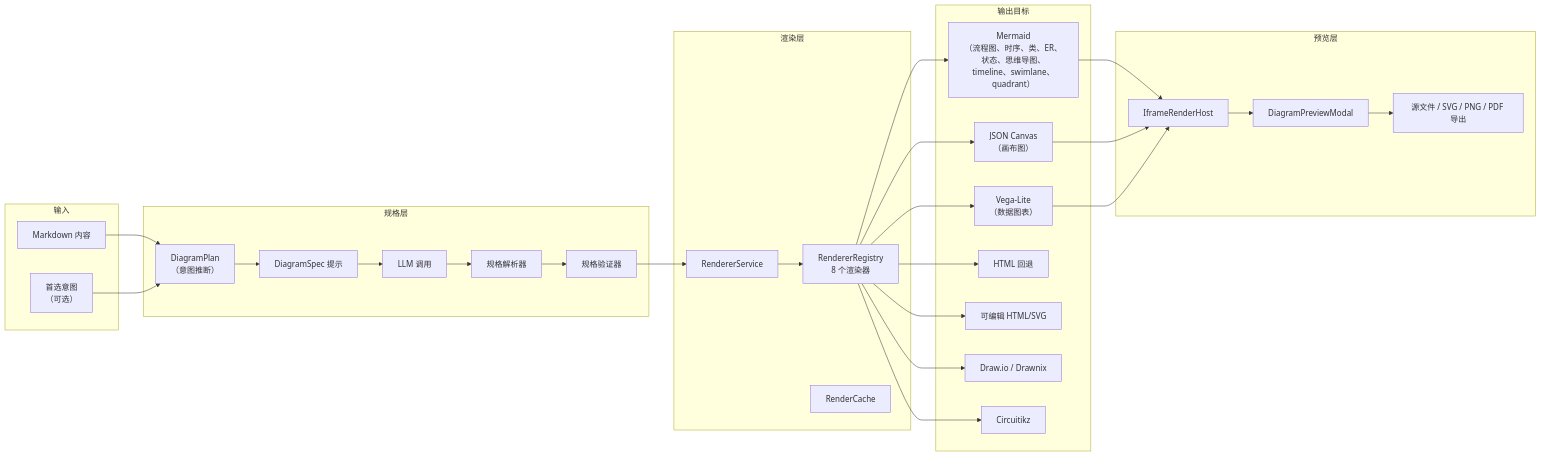
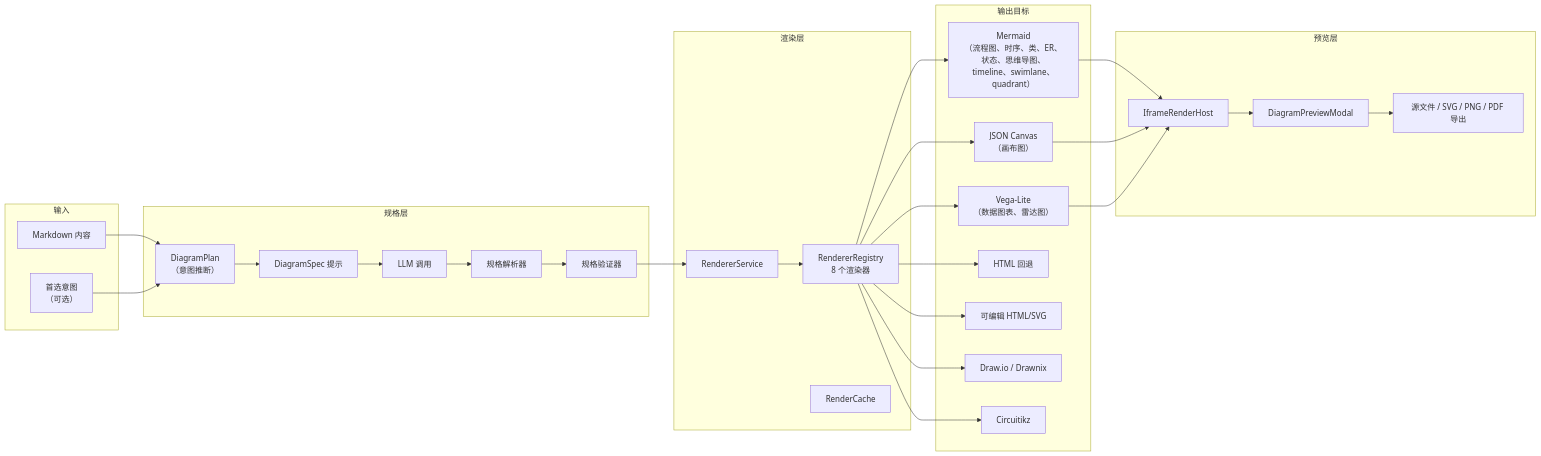
Before and after one commit to Jacobinwwey/obsidian-NotEMD: the third of 3 diagrams in docs/architecture.zh-CN.md, drawn with Mermaid. The commit also changed other lines of this file and 43 other files, not shown here.

Commit message:
feat(diagrams): ship radar capability catalog

````diff
--- a/docs/architecture.zh-CN.md
+++ b/docs/architecture.zh-CN.md
@@ -129,58 +129,58 @@
 ```mermaid
 flowchart LR
     subgraph Input["输入"]
         MD["Markdown 内容"]
         INTENT["首选意图<br/>（可选）"]
     end
 
     subgraph Spec["规格层"]
         PLAN["DiagramPlan<br/>（意图推断）"]
         PROMPT2["DiagramSpec 提示"]
         LLM["LLM 调用"]
         PARSE2["规格解析器"]
         VALIDATE["规格验证器"]
     end
 
     subgraph Render["渲染层"]
         REGISTRY["RendererRegistry<br/>8 个渲染器"]
         SERVICE["RendererService"]
         CACHE2["RenderCache"]
     end
 
     subgraph Target["输出目标"]
         MERMAID["Mermaid<br/>（流程图、时序、类、ER、状态、思维导图、timeline、swimlane、quadrant）"]
         CANVAS["JSON Canvas<br/>（画布图）"]
-        VEGA["Vega-Lite<br/>（数据图表）"]
+        VEGA["Vega-Lite<br/>（数据图表、雷达图）"]
         HTML["HTML 回退"]
         FIGURE["可编辑 HTML/SVG"]
         BOARD["Draw.io / Drawnix"]
         CIRCUIT["Circuitikz"]
     end
 
     subgraph Host["预览层"]
         IFRAME["IframeRenderHost"]
         MODAL["DiagramPreviewModal"]
         EXPORT2["源文件 / SVG / PNG / PDF 导出"]
     end
 
     MD --> PLAN
     INTENT --> PLAN
     PLAN --> PROMPT2
     PROMPT2 --> LLM
     LLM --> PARSE2
     PARSE2 --> VALIDATE
     VALIDATE --> SERVICE
     SERVICE --> REGISTRY
     REGISTRY --> MERMAID
     REGISTRY --> CANVAS
     REGISTRY --> VEGA
     REGISTRY --> HTML
     REGISTRY --> FIGURE
     REGISTRY --> BOARD
     REGISTRY --> CIRCUIT
     MERMAID --> IFRAME
     CANVAS --> IFRAME
     VEGA --> IFRAME
     IFRAME --> MODAL
     MODAL --> EXPORT2
 ```
````
